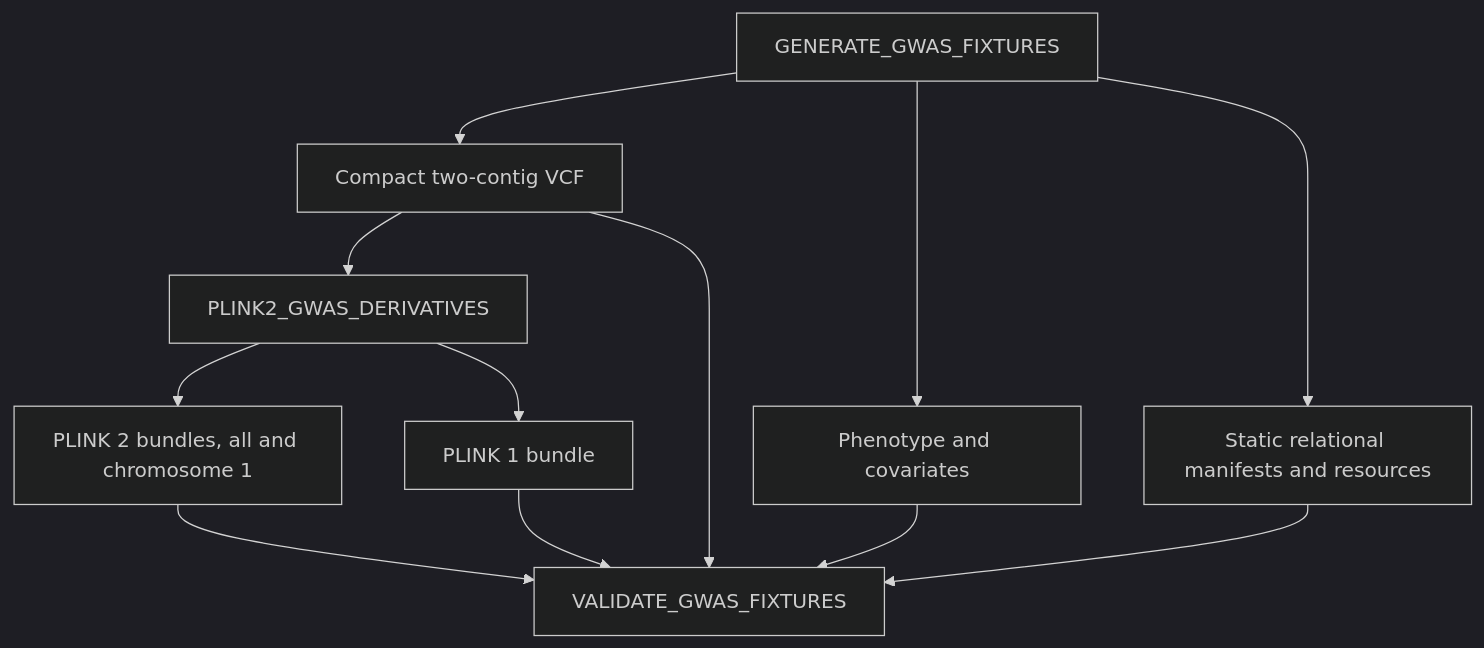
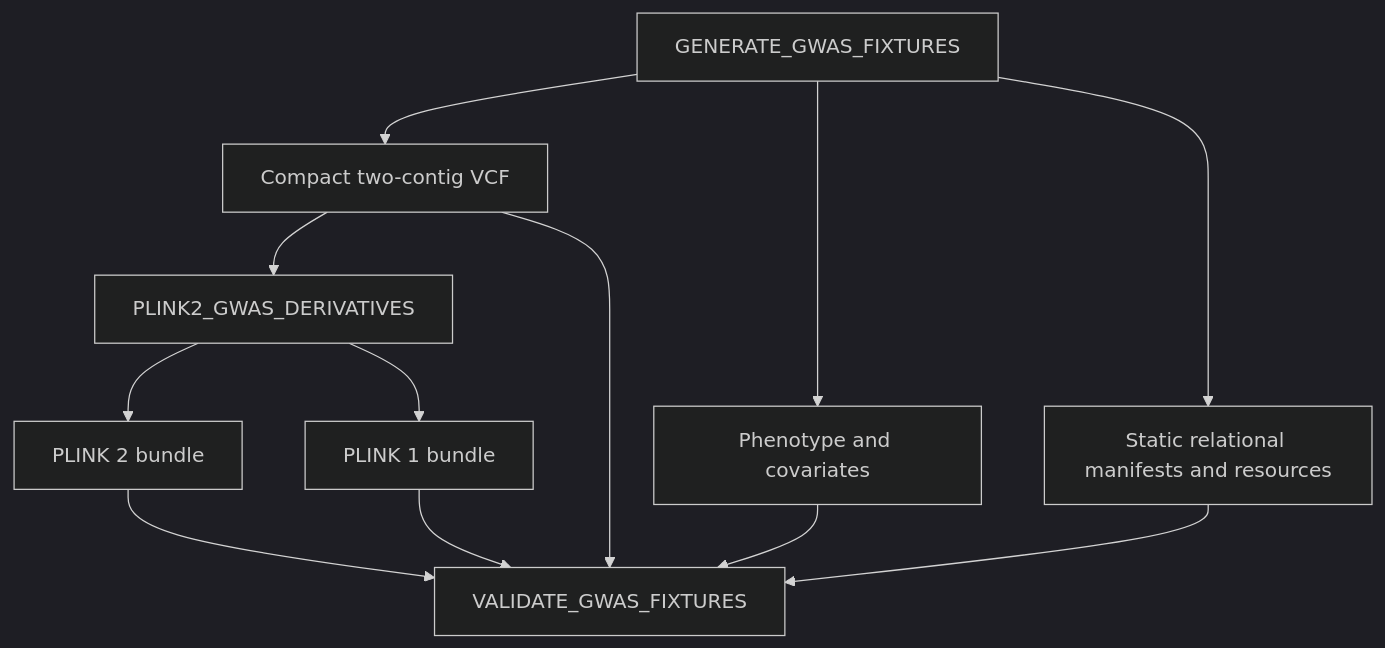
One commit to nf-core/test-datasets changed the diagram in README.md. Above: the diagram before and after it, drawn with Mermaid (dark theme). The commit also changed other lines of this file and 9 other files, not shown here.

First line of the commit message:
refactor(fixtures): drop the chromosome-1 subset bundle

````diff
--- a/README.md
+++ b/README.md
@@ -13,14 +13,14 @@
 ```mermaid
 graph TD
     A[GENERATE_GWAS_FIXTURES] --> B[Compact two-contig VCF]
     A --> C[Phenotype and covariates]
     A --> D[Static relational manifests and resources]
     B --> E[PLINK2_GWAS_DERIVATIVES]
-    E --> F[PLINK 2 bundles, all and chromosome 1]
+    E --> F[PLINK 2 bundle]
     E --> G[PLINK 1 bundle]
     B --> H[VALIDATE_GWAS_FIXTURES]
     C --> H
     D --> H
     F --> H
     G --> H
 ```
````
